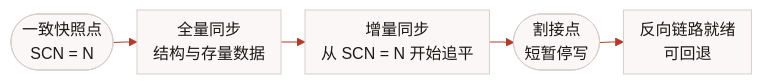
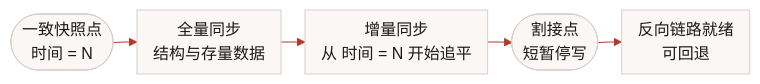
Before and after one commit to 9bridges/fzs-slides: the seventh of 8 diagrams in huajin-202610.md, drawn with Mermaid. The commit also changed other lines of this file, not shown here.

````diff
--- a/huajin-202610.md
+++ b/huajin-202610.md
@@ -1012,8 +1011,8 @@
 ```mermaid
 %%{init: {'theme':'base','flowchart': {'nodeSpacing': 18, 'rankSpacing': 24, 'padding': 8, 'curve': 'linear'}, 'themeVariables':{'primaryColor':'#fbf7f6','primaryTextColor':'#1c1917','primaryBorderColor':'#d6cfcb','lineColor':'#b23a2c','fontFamily':'Kaiti SC, KaiTi, serif','fontSize':'16px'}}}%%
 flowchart LR
-  P(["一致快照点<br/>SCN = N"]) --> F["全量同步<br/>结构与存量数据"]
-  F --> I["增量同步<br/>从 SCN = N 开始追平"]
+  P(["一致快照点<br/>时间 = N"]) --> F["全量同步<br/>结构与存量数据"]
+  F --> I["增量同步<br/>从 时间 = N 开始追平"]
   I --> C(["割接点<br/>短暂停写"])
   C --> R["反向链路就绪<br/>可回退"]
 ```
````
